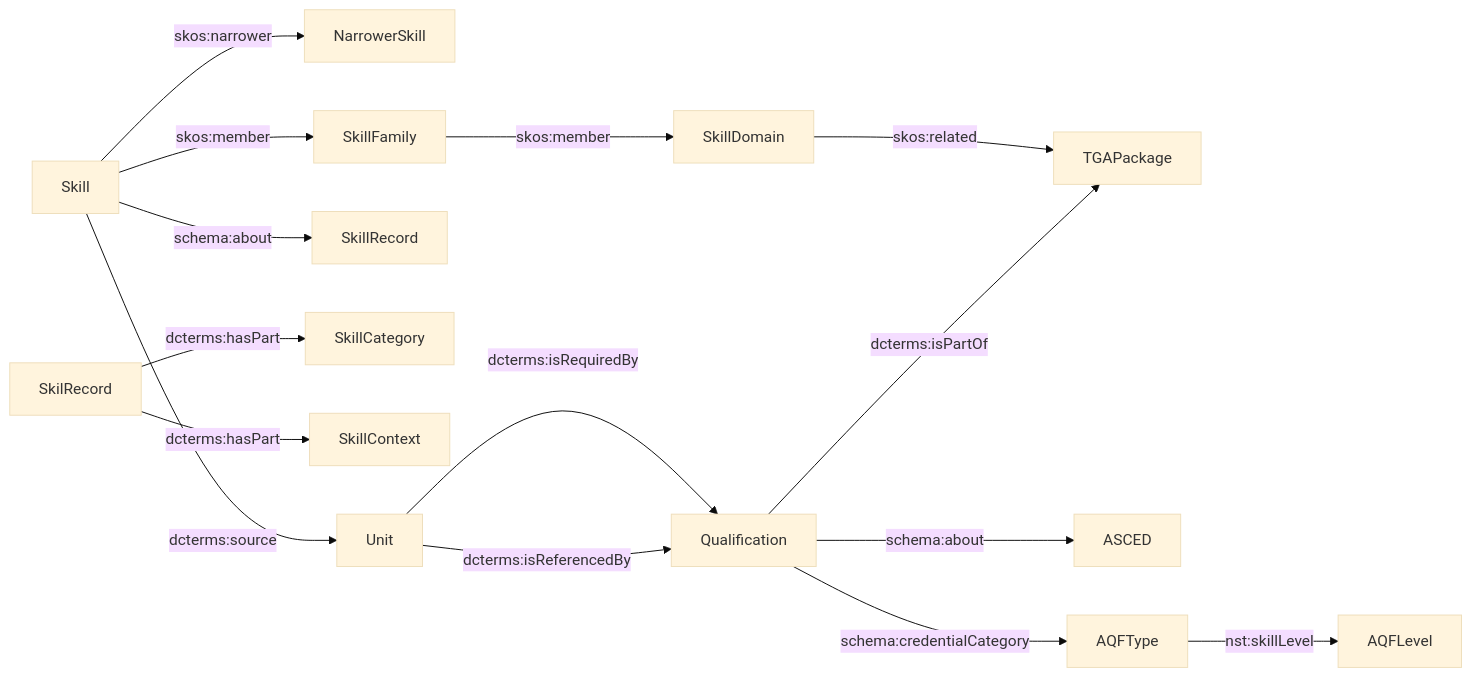
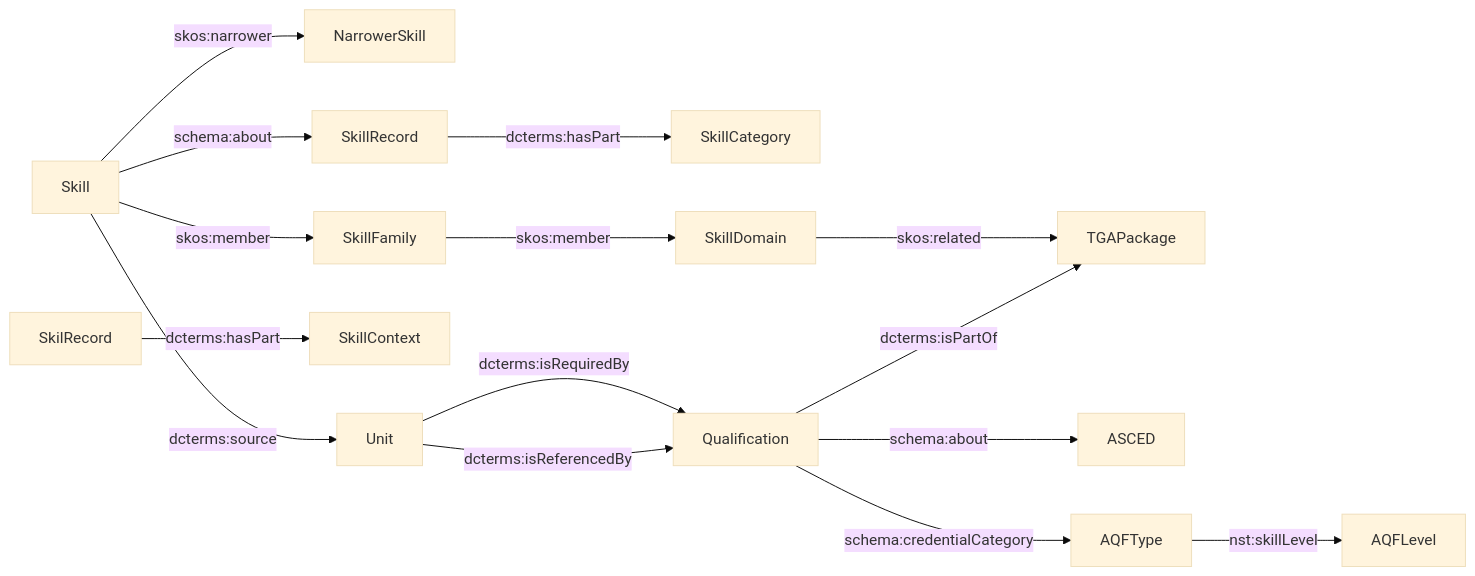
Before and after one commit to leskneebone/skills-SPARQL: the diagram in README.md, drawn with Mermaid (base theme).

````diff
--- a/README.md
+++ b/README.md
@@ -53,18 +53,18 @@
 ```mermaid
 flowchart LR
   Skill -->|skos:narrower| NarrowerSkill
   Skill -->|dcterms:source | Unit
   Skill -->|schema:about | SkillRecord
-  SkilRecord-->|dcterms:hasPart | SkillCategory
+  SkillRecord-->|dcterms:hasPart | SkillCategory
   SkilRecord-->|dcterms:hasPart | SkillContext
   Skill -->|skos:member | SkillFamily
   SkillFamily -->|skos:member | SkillDomain
   SkillDomain -->|skos:related | TGAPackage
   Unit -->|dcterms:isRequiredBy| Qualification
   Unit -->|dcterms:isReferencedBy | Qualification
   Qualification -->|dcterms:isPartOf | TGAPackage
   Qualification -->|schema:about | ASCED
   Qualification -->|schema:credentialCategory | AQFType
   AQFType -->|nst:skillLevel | AQFLevel
 
 ```
````
